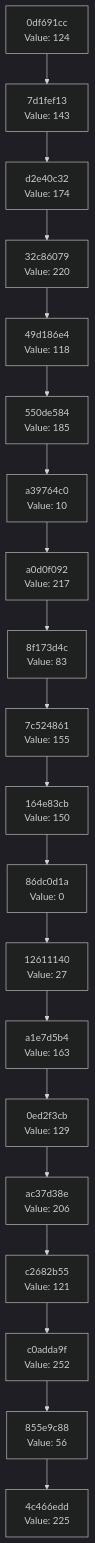
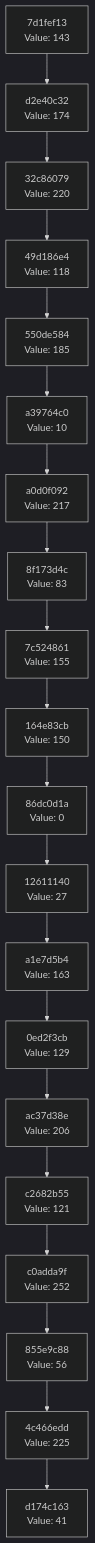
The diagram in docs/CHAIN_VISUALIZATION.md (Abhisheksinha1506/hash-chain-evolver), drawn with Mermaid (dark theme) before and after one commit. The commit also changed 2 other files, not shown here.

Commit message:
Evolution Step

````diff
--- a/docs/CHAIN_VISUALIZATION.md
+++ b/docs/CHAIN_VISUALIZATION.md
@@ -3,42 +3,42 @@
 ```mermaid
 graph TD
-    C0["4c466edd<br/>Value: 225"]
-    C1["855e9c88<br/>Value: 56"]
+    C0["d174c163<br/>Value: 41"]
+    C1["4c466edd<br/>Value: 225"]
     C1 --> C0
-    C2["c0adda9f<br/>Value: 252"]
+    C2["855e9c88<br/>Value: 56"]
     C2 --> C1
-    C3["c2682b55<br/>Value: 121"]
+    C3["c0adda9f<br/>Value: 252"]
     C3 --> C2
-    C4["ac37d38e<br/>Value: 206"]
+    C4["c2682b55<br/>Value: 121"]
     C4 --> C3
-    C5["0ed2f3cb<br/>Value: 129"]
+    C5["ac37d38e<br/>Value: 206"]
     C5 --> C4
-    C6["a1e7d5b4<br/>Value: 163"]
+    C6["0ed2f3cb<br/>Value: 129"]
     C6 --> C5
-    C7["12611140<br/>Value: 27"]
+    C7["a1e7d5b4<br/>Value: 163"]
     C7 --> C6
-    C8["86dc0d1a<br/>Value: 0"]
+    C8["12611140<br/>Value: 27"]
     C8 --> C7
-    C9["164e83cb<br/>Value: 150"]
+    C9["86dc0d1a<br/>Value: 0"]
     C9 --> C8
-    C10["7c524861<br/>Value: 155"]
+    C10["164e83cb<br/>Value: 150"]
     C10 --> C9
-    C11["8f173d4c<br/>Value: 83"]
+    C11["7c524861<br/>Value: 155"]
     C11 --> C10
-    C12["a0d0f092<br/>Value: 217"]
+    C12["8f173d4c<br/>Value: 83"]
     C12 --> C11
-    C13["a39764c0<br/>Value: 10"]
+    C13["a0d0f092<br/>Value: 217"]
     C13 --> C12
-    C14["550de584<br/>Value: 185"]
+    C14["a39764c0<br/>Value: 10"]
     C14 --> C13
-    C15["49d186e4<br/>Value: 118"]
+    C15["550de584<br/>Value: 185"]
     C15 --> C14
-    C16["32c86079<br/>Value: 220"]
+    C16["49d186e4<br/>Value: 118"]
     C16 --> C15
-    C17["d2e40c32<br/>Value: 174"]
+    C17["32c86079<br/>Value: 220"]
     C17 --> C16
-    C18["7d1fef13<br/>Value: 143"]
+    C18["d2e40c32<br/>Value: 174"]
     C18 --> C17
-    C19["0df691cc<br/>Value: 124"]
+    C19["7d1fef13<br/>Value: 143"]
     C19 --> C18
 ```
````
